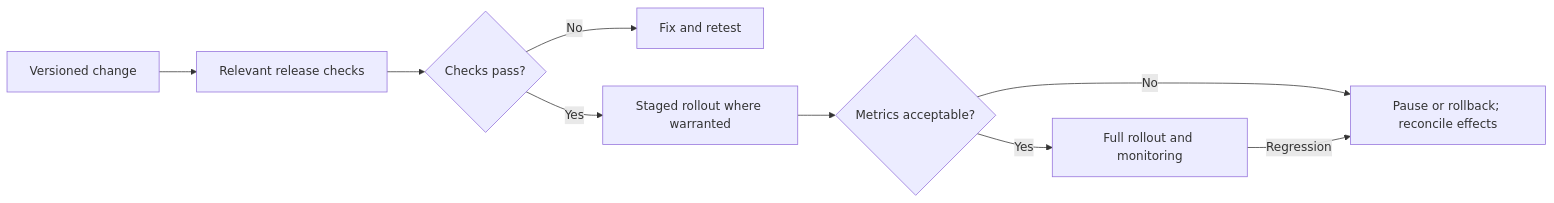
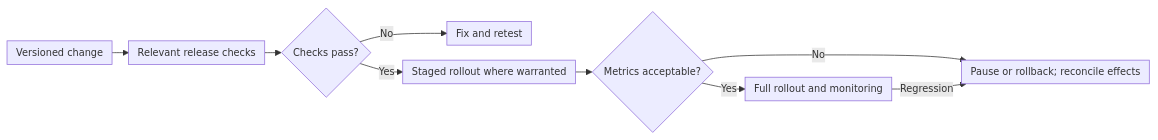
Before and after one commit to raoulbia-ai/agentic-ai-engineering-framework: the diagram in skill/references/05-deploy.md, drawn with Mermaid. The commit also changed 4 other files, not shown here.

Commit message:
Make flowcharts more compact: uniform font and spacing, wrapped labels

````diff
--- a/skill/references/05-deploy.md
+++ b/skill/references/05-deploy.md
@@ -18,11 +18,12 @@
 ```mermaid
+%%{init: {"flowchart": {"nodeSpacing": 20, "rankSpacing": 22, "padding": 6, "wrappingWidth": 260}, "themeVariables": {"fontSize": "13px"}}}%%
 flowchart LR
     A[Versioned change] --> B[Relevant release checks]
     B --> C{Checks pass?}
     C -->|No| H[Fix and retest]
     C -->|Yes| D[Staged rollout where warranted]
     D --> E{Metrics acceptable?}
     E -->|Yes| F[Full rollout and monitoring]
     E -->|No| G[Pause or rollback; reconcile effects]
     F -->|Regression| G
 ```
````
